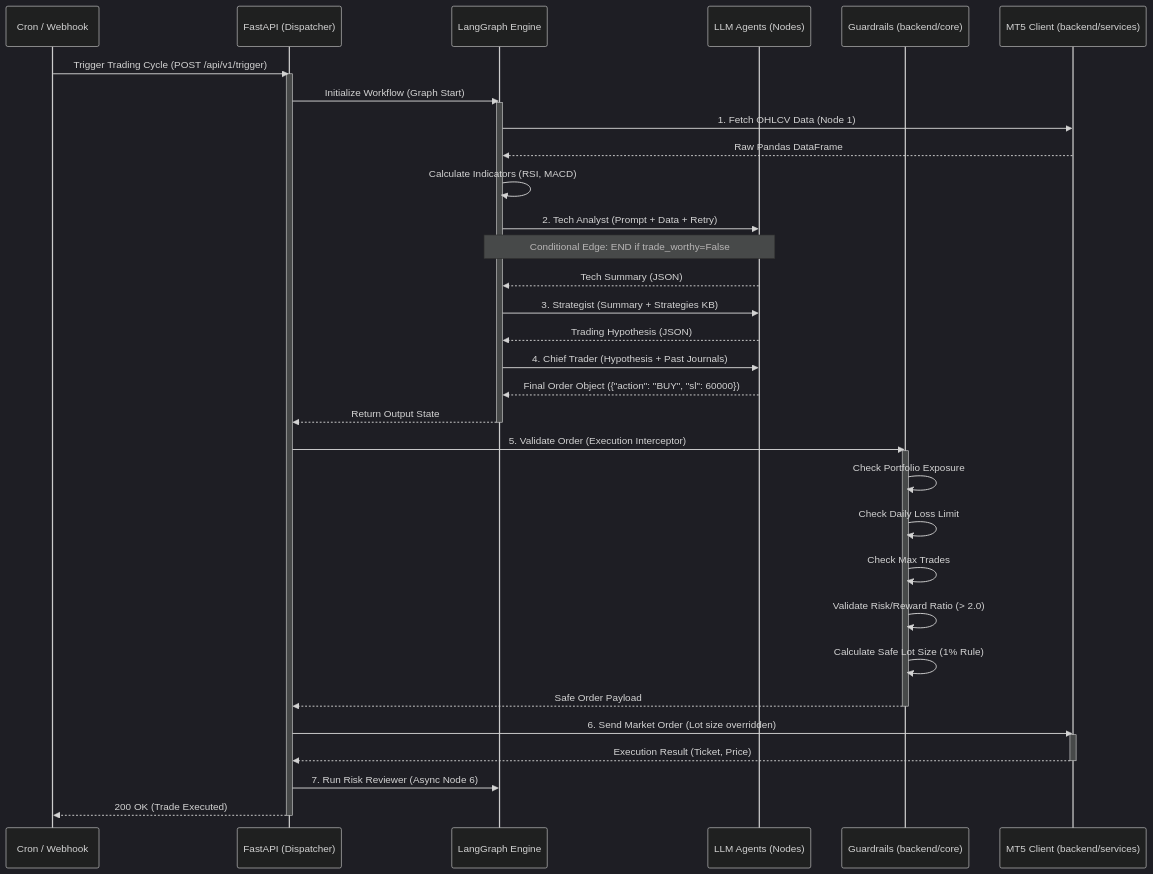
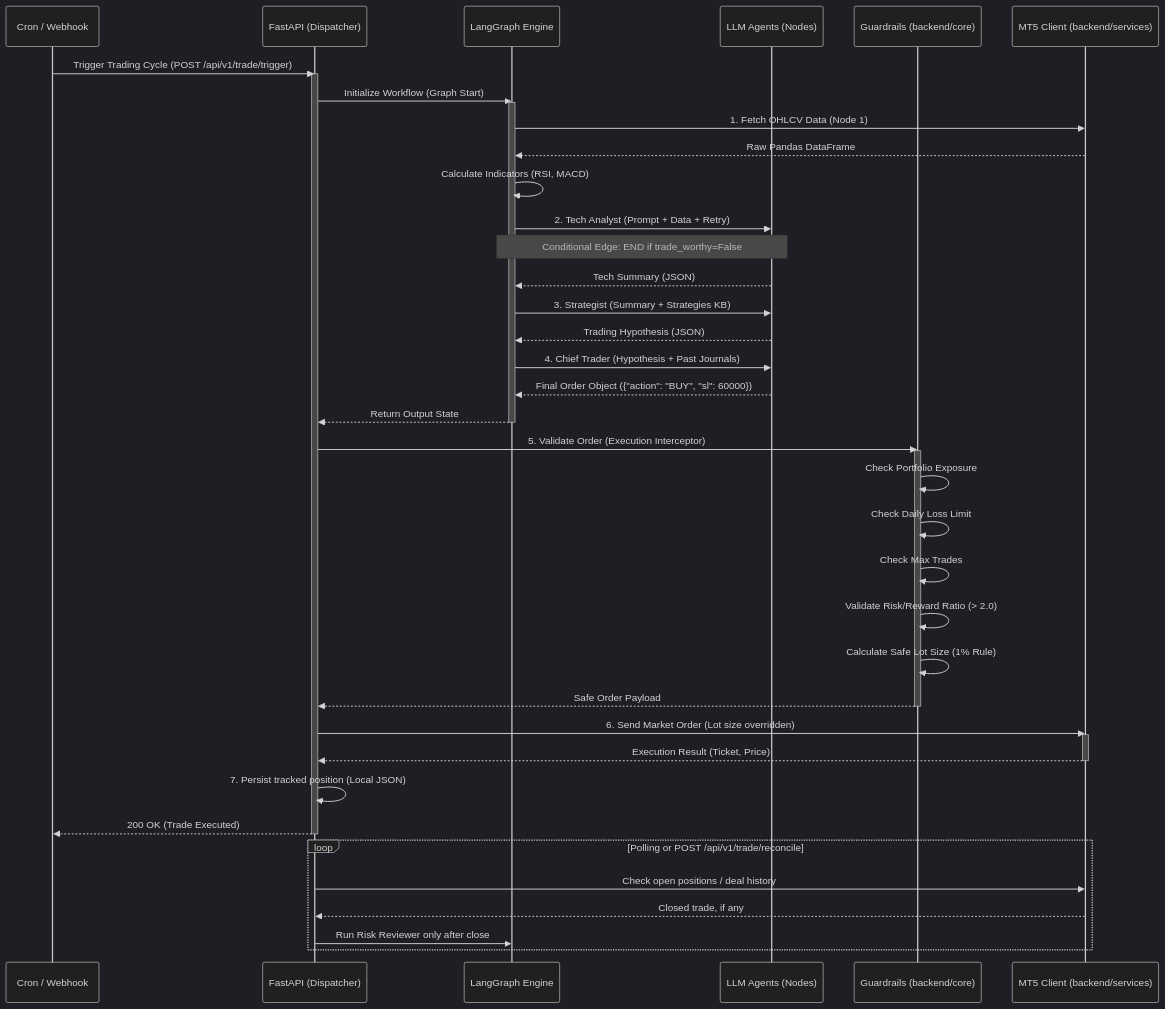
The first of 2 diagrams in docs/system-execution-flow.md (insung/agentic-trader), drawn with Mermaid (dark theme) before and after one commit. The commit also changed other lines of this file and 24 other files, not shown here.

Commit message:
Fix post-close trade review flow

````diff
--- a/docs/system-execution-flow.md
+++ b/docs/system-execution-flow.md
@@ -7,57 +7,61 @@
 ```mermaid
 sequenceDiagram
     participant User as Cron / Webhook
     participant FastAPI as FastAPI (Dispatcher)
     participant Graph as LangGraph Engine
     participant Agent as LLM Agents (Nodes)
     participant Core as Guardrails (backend/core)
     participant MT5 as MT5 Client (backend/services)
 
-    User->>FastAPI: Trigger Trading Cycle (POST /api/v1/trigger)
+    User->>FastAPI: Trigger Trading Cycle (POST /api/v1/trade/trigger)
     activate FastAPI
     FastAPI->>Graph: Initialize Workflow (Graph Start)
     activate Graph
 
     %% Node 1
     Graph->>MT5: 1. Fetch OHLCV Data (Node 1)
     MT5-->>Graph: Raw Pandas DataFrame
     Graph->>Graph: Calculate Indicators (RSI, MACD)
     
     %% Node 2, 3, 4
     Graph->>Agent: 2. Tech Analyst (Prompt + Data + Retry)
     Note over Graph, Agent: Conditional Edge: END if trade_worthy=False
     Agent-->>Graph: Tech Summary (JSON)
     
     Graph->>Agent: 3. Strategist (Summary + Strategies KB)
     Agent-->>Graph: Trading Hypothesis (JSON)
     
     %% Node 5
     Graph->>Agent: 4. Chief Trader (Hypothesis + Past Journals)
     Agent-->>Graph: Final Order Object ({"action": "BUY", "sl": 60000})
     
     Graph-->>FastAPI: Return Output State
     deactivate Graph
 
     %% Validation & Execution
     FastAPI->>Core: 5. Validate Order (Execution Interceptor)
     activate Core
     Core->>Core: Check Portfolio Exposure
     Core->>Core: Check Daily Loss Limit
     Core->>Core: Check Max Trades
     Core->>Core: Validate Risk/Reward Ratio (> 2.0)
     Core->>Core: Calculate Safe Lot Size (1% Rule)
     Core-->>FastAPI: Safe Order Payload
     deactivate Core
 
     %% MT5 Order
     FastAPI->>MT5: 6. Send Market Order (Lot size overridden)
     activate MT5
     MT5-->>FastAPI: Execution Result (Ticket, Price)
     deactivate MT5
-    
-    %% Async Review (Optional)
-    FastAPI->>Graph: 7. Run Risk Reviewer (Async Node 6)
+    FastAPI->>FastAPI: 7. Persist tracked position (Local JSON)
     
     FastAPI-->>User: 200 OK (Trade Executed)
     deactivate FastAPI
+
+    loop Polling or POST /api/v1/trade/reconcile
+        FastAPI->>MT5: Check open positions / deal history
+        MT5-->>FastAPI: Closed trade, if any
+        FastAPI->>Graph: Run Risk Reviewer only after close
+    end
 ```
````
